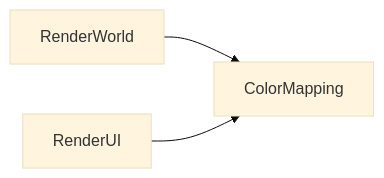
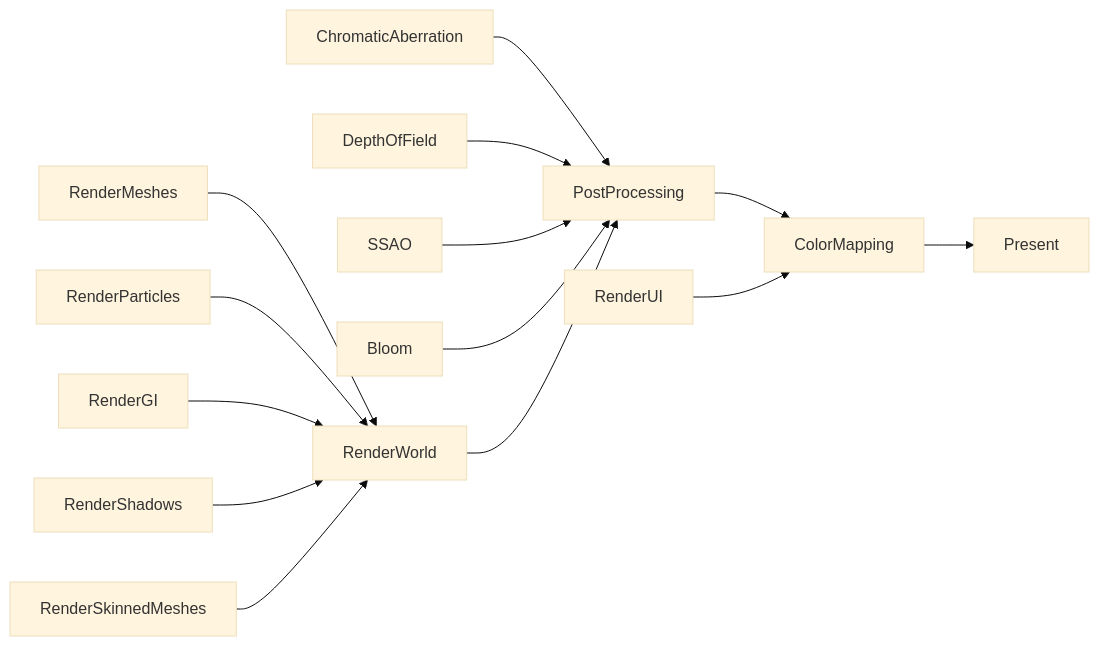
The diagram in docs/Design/render_design.md (Game-Tek/Byte-Engine), drawn with Mermaid (base theme) before and after one commit. The commit also changed other lines of this file and 34 other files, not shown here.

````diff
--- a/docs/Design/render_design.md
+++ b/docs/Design/render_design.md
@@ -5,5 +5,21 @@
 ```mermaid
 graph LR
-	RenderWorld --> ColorMapping
+	RenderMeshes --> RenderWorld
+	RenderParticles --> RenderWorld
+	RenderGI --> RenderWorld
+	RenderShadows --> RenderWorld
+	RenderSkinnedMeshes --> RenderWorld
+
+	ChromaticAberration --> PostProcessing
+	DepthOfField --> PostProcessing
+	SSAO --> PostProcessing
+	Bloom --> PostProcessing
+
+	RenderWorld --> PostProcessing
+
+	PostProcessing --> ColorMapping
+
 	RenderUI --> ColorMapping
+
+	ColorMapping --> Present
 ```
````
